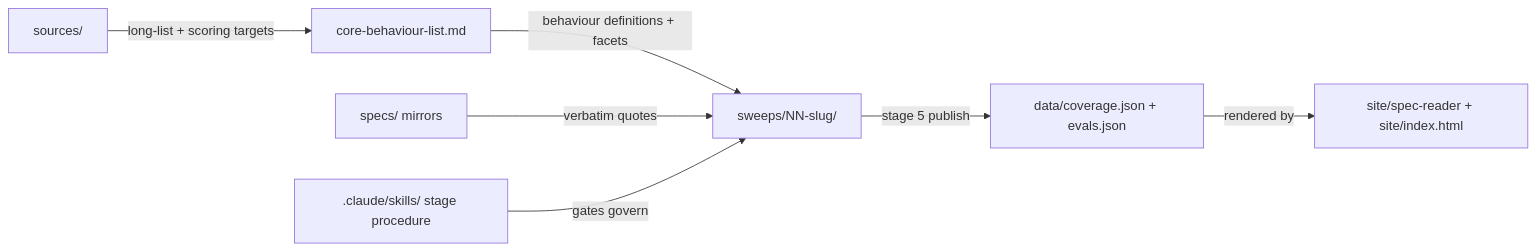
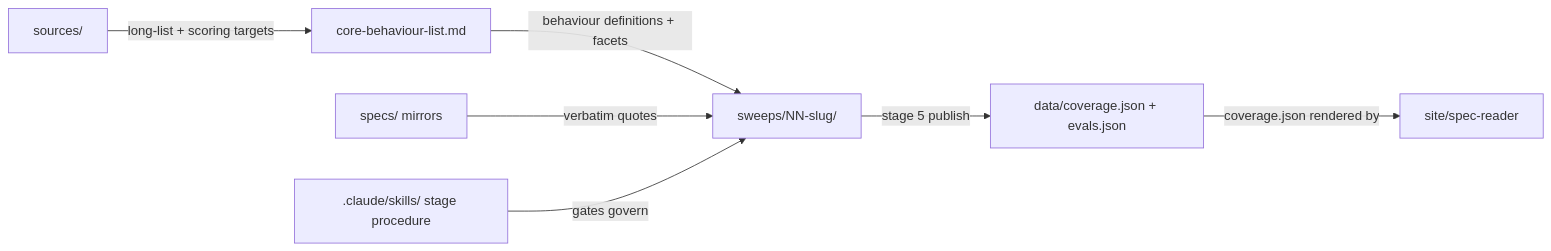
The diagram in research/OVERVIEW.md (AndresCotton/ai-character-index), drawn with Mermaid before and after one commit. The commit also changed other lines of this file and 16 other files, not shown here.

````diff
--- a/research/OVERVIEW.md
+++ b/research/OVERVIEW.md
@@ -23,9 +23,9 @@
 ```mermaid
 graph LR
   SRC["sources/"] -->|long-list + scoring targets| CBL["core-behaviour-list.md"]
   CBL -->|behaviour definitions + facets| SW["sweeps/NN-slug/"]
   SPECS["specs/ mirrors"] -->|verbatim quotes| SW
   SK[".claude/skills/ stage procedure"] -->|gates govern| SW
   SW -->|stage 5 publish| DATA["data/coverage.json + evals.json"]
-  DATA -->|rendered by| SITE["site/spec-reader + site/index.html"]
+  DATA -->|"coverage.json rendered by"| SITE["site/spec-reader"]
 ```
````
